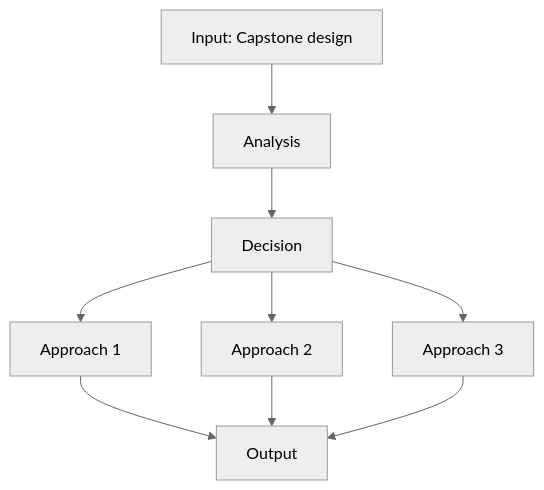
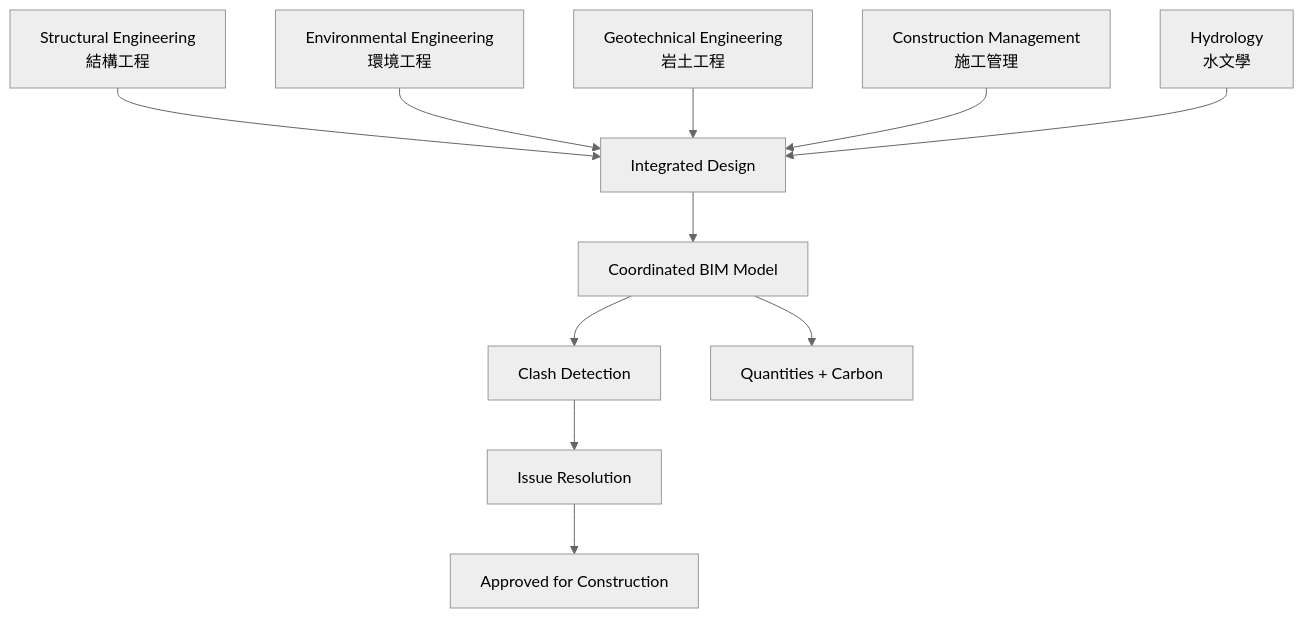
One commit to yip-lgtm/civil-bootcamp changed the eighth of 10 diagrams in MIT_CEE_GDRs/1.013_Senior_CEE_Design_Capstone.md. Above: the diagram before and after it, drawn with Mermaid (neutral theme). The commit also changed other lines of this file and 18 other files, not shown here.

````diff
--- a/MIT_CEE_GDRs/1.013_Senior_CEE_Design_Capstone.md
+++ b/MIT_CEE_GDRs/1.013_Senior_CEE_Design_Capstone.md
@@ -365,11 +515,13 @@
 ```mermaid
 graph TD
-    A[Input: Capstone design] --> B[Analysis]
-    B --> C[Decision]
-    C --> D[Approach 1]
-    C --> E[Approach 2]
-    C --> F[Approach 3]
-    D --> G[Output]
-    E --> G
-    F --> G
+    A[Structural Engineering<br/>結構工程] --> B[Integrated Design]
+    C[Environmental Engineering<br/>環境工程] --> B
+    D[Geotechnical Engineering<br/>岩土工程] --> B
+    E[Construction Management<br/>施工管理] --> B
+    F[Hydrology<br/>水文學] --> B
+    B --> G[Coordinated BIM Model]
+    G --> H[Clash Detection]
+    G --> I[Quantities + Carbon]
+    H --> J[Issue Resolution]
+    J --> K[Approved for Construction]
 ```
````
